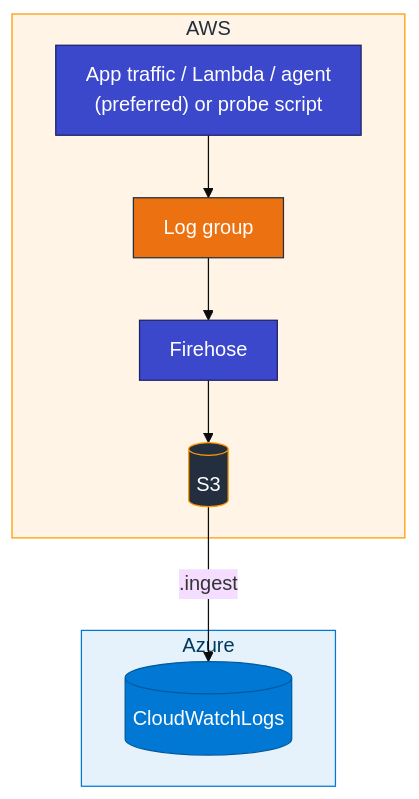
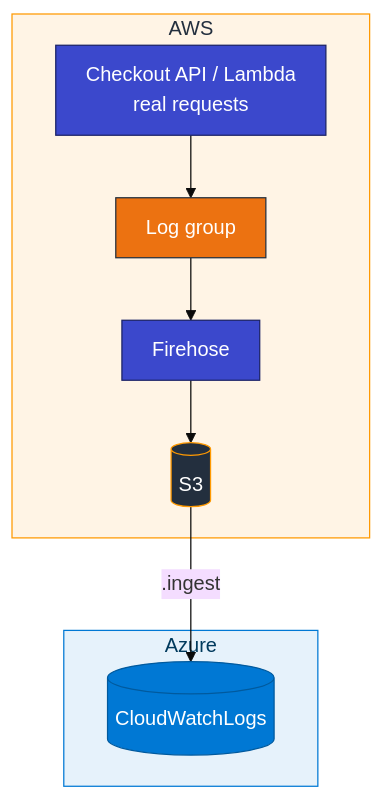
One commit to atingupta2005/adx-aws-training-aug-26 changed the first of 2 diagrams in Module_03_AWS_CloudWatch/03_CloudWatch_to_ADX_Concepts.md. Above: the diagram before and after it, drawn with Mermaid. The commit also changed other lines of this file and 9 other files, not shown here.

````diff
--- a/Module_03_AWS_CloudWatch/03_CloudWatch_to_ADX_Concepts.md
+++ b/Module_03_AWS_CloudWatch/03_CloudWatch_to_ADX_Concepts.md
@@ -11,24 +11,24 @@
 ```mermaid
 %%{init: {"theme":"base","flowchart":{"htmlLabels":true,"padding":12}}}%%
 flowchart TB
   subgraph awsBox [AWS]
-    SRC["App traffic / Lambda / agent<br/>(preferred) or probe script"]
+    SRC["Checkout API / Lambda<br/>real requests"]
     LG["Log group"]
     FH["Firehose"]
     S3[("S3")]
   end
   subgraph azureBox [Azure]
     CW[("CloudWatchLogs")]
   end
   SRC --> LG
   LG --> FH
   FH --> S3
   S3 -->|".ingest"| CW
   style awsBox fill:#FFF4E5,stroke:#FF9900,color:#232F3E
   style azureBox fill:#E6F2FB,stroke:#0078D4,color:#003A5D
   style SRC fill:#3B48CC,stroke:#1B2266,color:#fff
   style LG fill:#EC7211,stroke:#232F3E,color:#fff
   style FH fill:#3B48CC,stroke:#1B2266,color:#fff
   style S3 fill:#232F3E,stroke:#FF9900,color:#fff
   style CW fill:#0078D4,stroke:#005A9E,color:#fff
 ```
````
